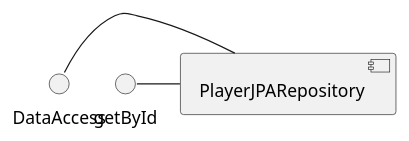
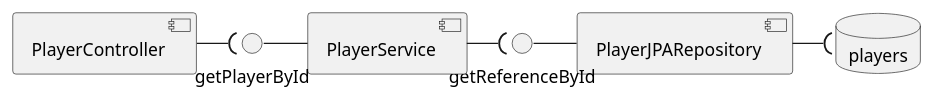
The diagram in docs/model/component.puml (114042-TOLEDO-BRUNO/Practica-Spring), drawn with PlantUML before and after one commit. The commit also changed 15 other files, not shown here.

```diff
--- a/docs/model/component.puml
+++ b/docs/model/component.puml
@@ -1,4 +1,10 @@
 @startuml
-DataAccess - [PlayerJPARepository]
-getById - [PlayerJPARepository]
+database "players"
+[PlayerJPARepository] -("players"
+getReferenceById - [PlayerJPARepository]
+
+[PlayerService] -(getReferenceById
+getPlayerById - [PlayerService]
+
+[PlayerController] -(getPlayerById
 @enduml
```
